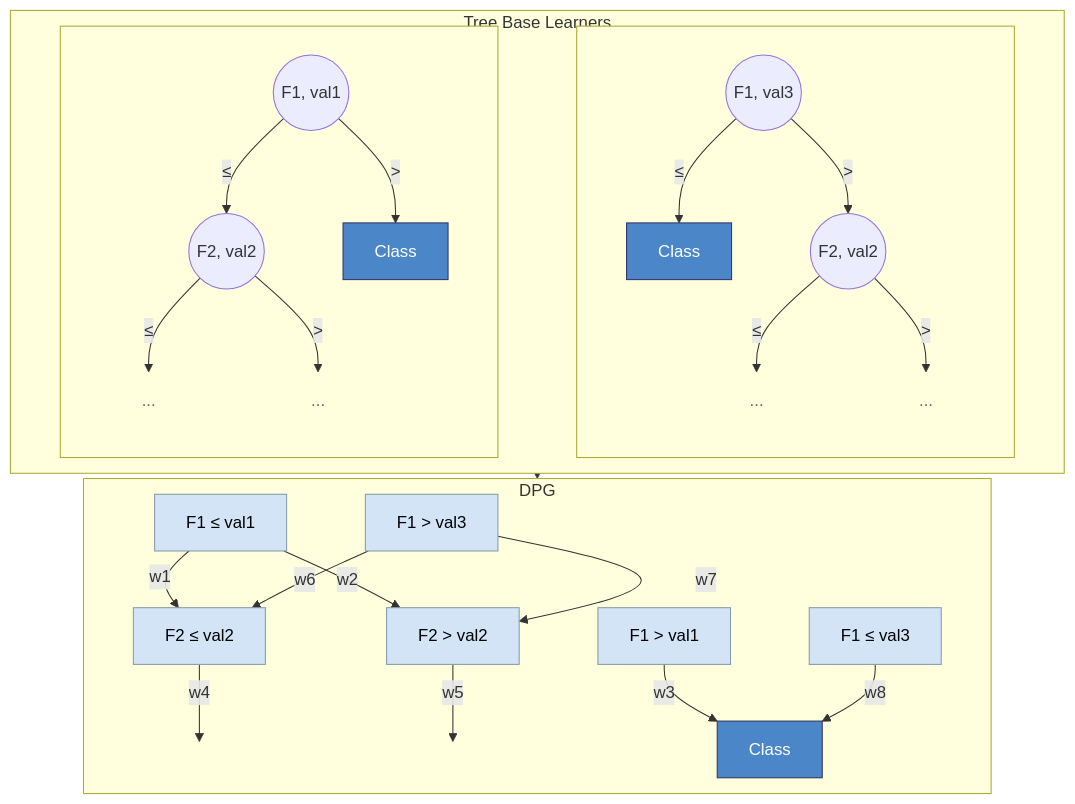
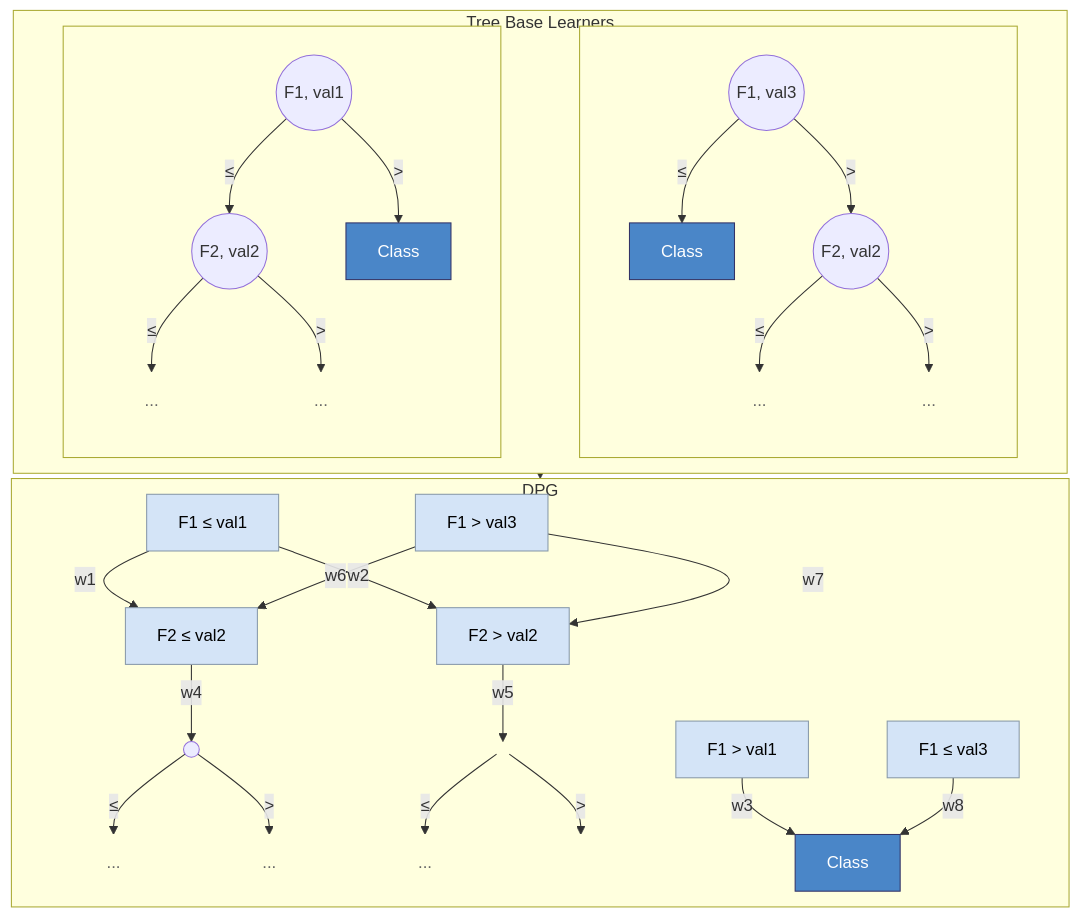
One commit to Meta-Group/DPG changed the diagram in README.md. Above: the diagram before and after it, drawn with Mermaid.

Commit message:
Add output nodes to diagram

````diff
--- a/README.md
+++ b/README.md
@@ -66,11 +66,17 @@
         E["F2 ≤ val2"]
         FF["F2 > val2"]
         G["Class"]
+        EoutLL["..."]
+        EoutLR["..."]
+        FoutRL["..."]
+        FoutRR["..."]
 
         E -- "w4" --> Eout
         FF -- "w5" --> Fout
-
-
+        Eout -- "≤" --> EoutLL
+        Eout -- ">" --> EoutLR
+        Fout -- "≤" --> FoutRL
+        Fout -- ">" --> FoutRR
 
         A["F1 ≤ val1"]
         B["F1 > val3"]
@@ -100,6 +106,12 @@
     style T1LR fill:transparent,stroke:transparent,color:#666
     style T2RL fill:transparent,stroke:transparent,color:#666
     style T2RR fill:transparent,stroke:transparent,color:#666
-    style Eout fill:transparent,stroke:transparent,color:transparent
+    style EoutLL fill:transparent,stroke:transparent,color:#666
+    style EoutLR fill:transparent,stroke:transparent,color:#666
+    style FoutRL fill:transparent,stroke:transparent,color:#666
+    style FoutRR fill:transparent,stroke:transparent,color:#666    style EoutLL fill:transparent,stroke:transparent,color:#666
+    style EoutLR fill:transparent,stroke:transparent,color:#666
+    style FoutRL fill:transparent,stroke:transparent,color:#666
+    style FoutRR fill:transparent,stroke:transparent,color:#666    style Eout fill:transparent,stroke:transparent,color:transparent
     style Fout fill:transparent,stroke:transparent,color:transparent
 ```
````
